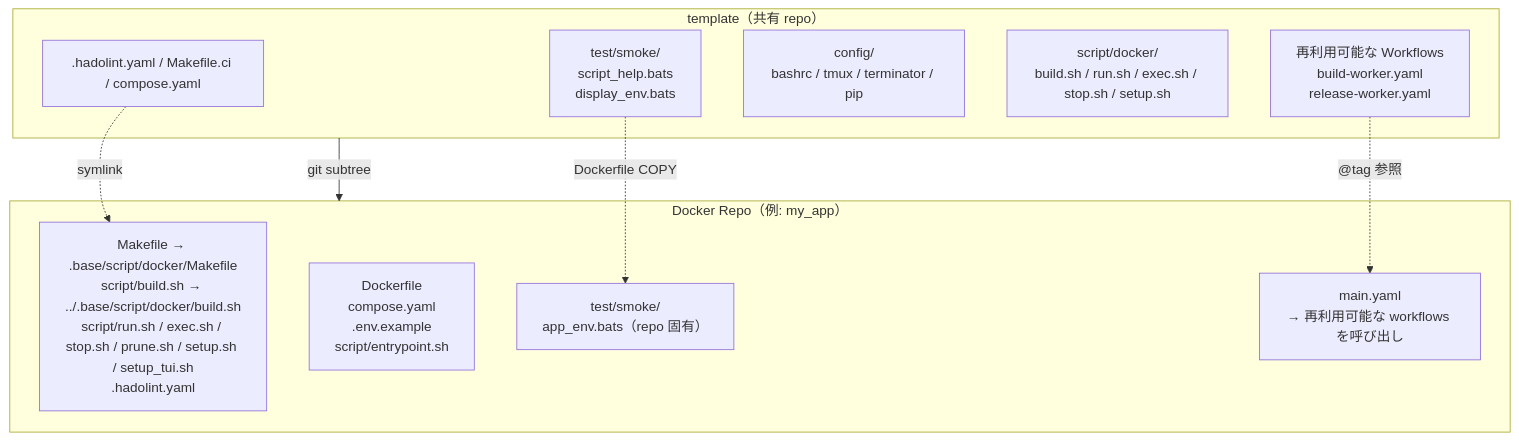
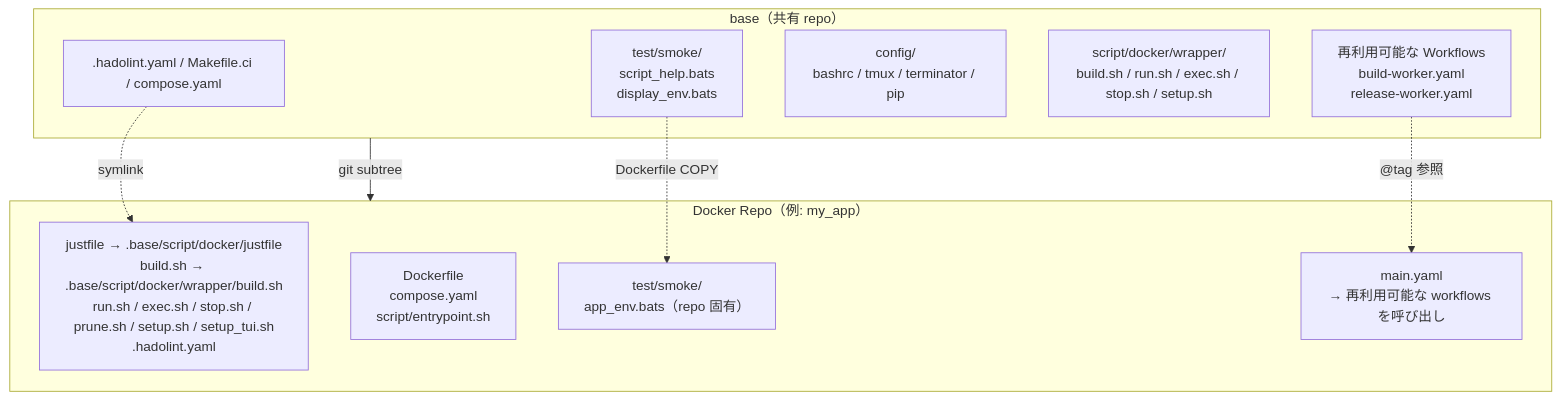
Before and after one commit to ycpss91255-docker/isaac: the first of 2 diagrams in .base/doc/readme/README.ja.md, drawn with Mermaid. The commit also changed other lines of this file and 69 other files, not shown here.

First line of the commit message:
chore(base): upgrade .base subtree v0.40.0 -> v0.41.0 (make->just, runtime.env retired) (#124)

````diff
--- a/.base/doc/readme/README.ja.md
+++ b/.base/doc/readme/README.ja.md
@@ -56,22 +56,22 @@
 ```mermaid
 graph TB
-    subgraph template["template（共有 repo）"]
+    subgraph base["base（共有 repo）"]
         scripts[".hadolint.yaml / Makefile.ci / compose.yaml"]
         smoke["test/smoke/<br/>script_help.bats<br/>display_env.bats"]
         config["config/<br/>bashrc / tmux / terminator / pip"]
-        mgmt["script/docker/<br/>build.sh / run.sh / exec.sh / stop.sh / setup.sh"]
+        mgmt["script/docker/wrapper/<br/>build.sh / run.sh / exec.sh / stop.sh / setup.sh"]
         workflows["再利用可能な Workflows<br/>build-worker.yaml<br/>release-worker.yaml"]
     end
 
     subgraph consumer["Docker Repo（例: my_app）"]
-        symlinks["Makefile → .base/script/docker/Makefile<br/>script/build.sh → ../.base/script/docker/build.sh<br/>script/run.sh / exec.sh / stop.sh / prune.sh / setup.sh / setup_tui.sh<br/>.hadolint.yaml"]
-        dockerfile["Dockerfile<br/>compose.yaml<br/>.env.example<br/>script/entrypoint.sh"]
+        symlinks["justfile → .base/script/docker/justfile<br/>build.sh → .base/script/docker/wrapper/build.sh<br/>run.sh / exec.sh / stop.sh / prune.sh / setup.sh / setup_tui.sh<br/>.hadolint.yaml"]
+        dockerfile["Dockerfile<br/>compose.yaml<br/>script/entrypoint.sh"]
         repo_test["test/smoke/<br/>app_env.bats（repo 固有）"]
         main_yaml["main.yaml<br/>→ 再利用可能な workflows を呼び出し"]
     end
 
-    template -- "git subtree" --> consumer
+    base -- "git subtree" --> consumer
     scripts -. "symlink" .-> symlinks
     smoke -. "Dockerfile COPY" .-> repo_test
     workflows -. "@tag 参照" .-> main_yaml
 ```
````
